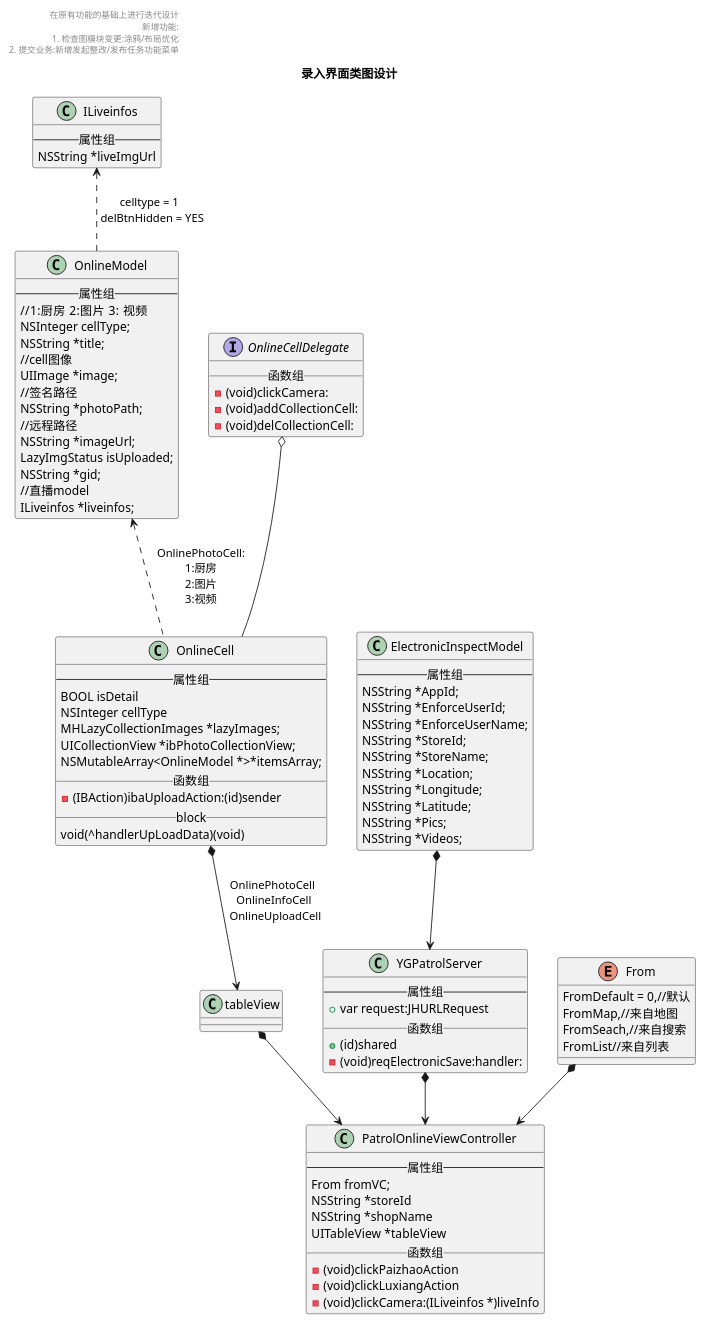
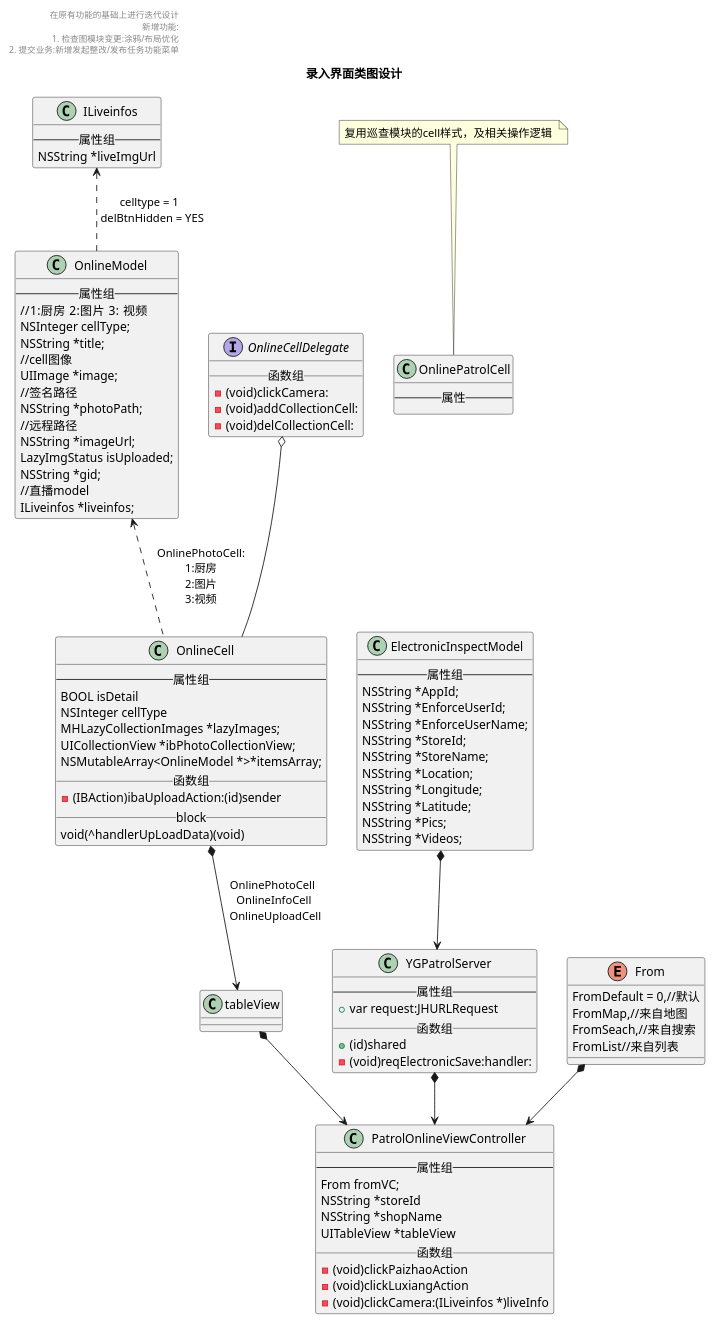
The fourth of 5 diagrams in source/_drafts/电子巡查项目设计.md (huos3203/blog), drawn with PlantUML before and after one commit.

Commit message:
更新

```diff
--- a/source/_drafts/电子巡查项目设计.md
+++ b/source/_drafts/电子巡查项目设计.md
@@ -233,6 +233,12 @@
     __block__
     void(^handlerUpLoadData)(void)
 }
+class "OnlinePatrolCell" as PatrolCell {
+    --属性--
+}
+note top of PatrolCell
+    复用巡查模块的cell样式，及相关操作逻辑 
+end note
 
 class "OnlineModel" as cellmodel {
     --属性组 --
```
